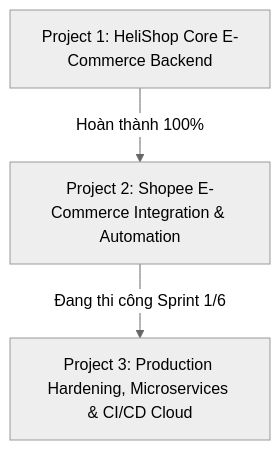
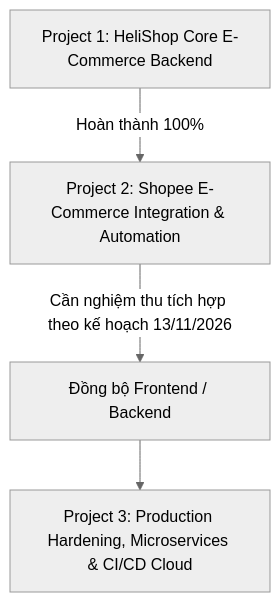
The diagram in docs/ROADMAP.md (vass05/ShopBanHangOnline), drawn with Mermaid (neutral theme) before and after one commit. The commit also changed other lines of this file and 2 other files, not shown here.

Commit message:
docs(integration): audit frontend-backend gaps and plan implementation phases

````diff
--- a/docs/ROADMAP.md
+++ b/docs/ROADMAP.md
@@ -9,5 +28,6 @@
 ```mermaid
 graph TD
     P1[Project 1: HeliShop Core E-Commerce Backend] -->|Hoàn thành 100%| P2[Project 2: Shopee E-Commerce Integration & Automation]
-    P2 -->|Đang thi công Sprint 1/6| P3[Project 3: Production Hardening, Microservices & CI/CD Cloud]
+    P2 -->|Cần nghiệm thu tích hợp theo kế hoạch 13/11/2026| I[Đồng bộ Frontend / Backend]
+    I --> P3[Project 3: Production Hardening, Microservices & CI/CD Cloud]
 ```
````
